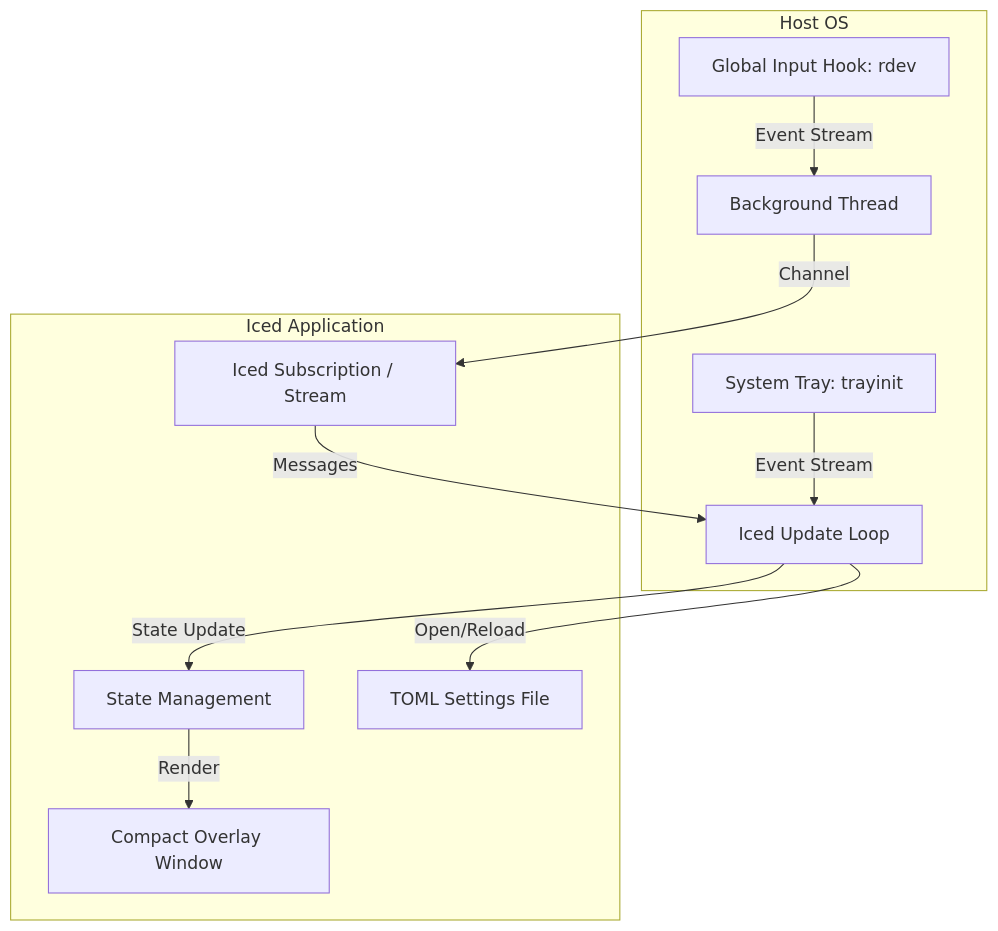
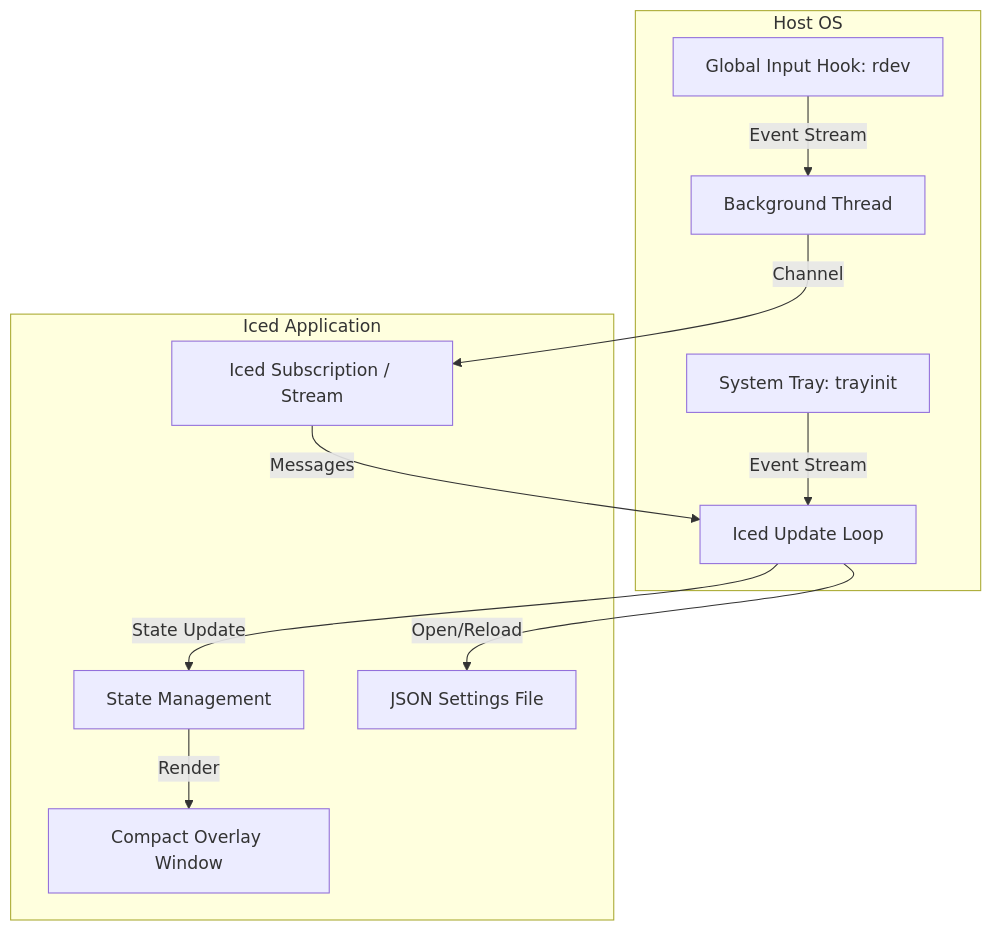
One commit to Charlie-XIAO/echoinput changed the diagram in DESIGN.md. Above: the diagram before and after it, drawn with Mermaid. The commit also changed other lines of this file and 13 other files, not shown here.

````diff
--- a/DESIGN.md
+++ b/DESIGN.md
@@ -19,14 +19,14 @@
 ```mermaid
 graph TD
     subgraph Host OS
         A[Global Input Hook: rdev] -- Event Stream --> B[Background Thread]
         H[System Tray: trayinit] -- Event Stream --> D
     end
     subgraph Iced Application
         B -- Channel --> C[Iced Subscription / Stream]
         C -- Messages --> D[Iced Update Loop]
         D -- State Update --> E[State Management]
         E -- Render --> F[Compact Overlay Window]
-        D -- Open/Reload --> G[TOML Settings File]
+        D -- Open/Reload --> G[JSON Settings File]
     end
 ```
````
